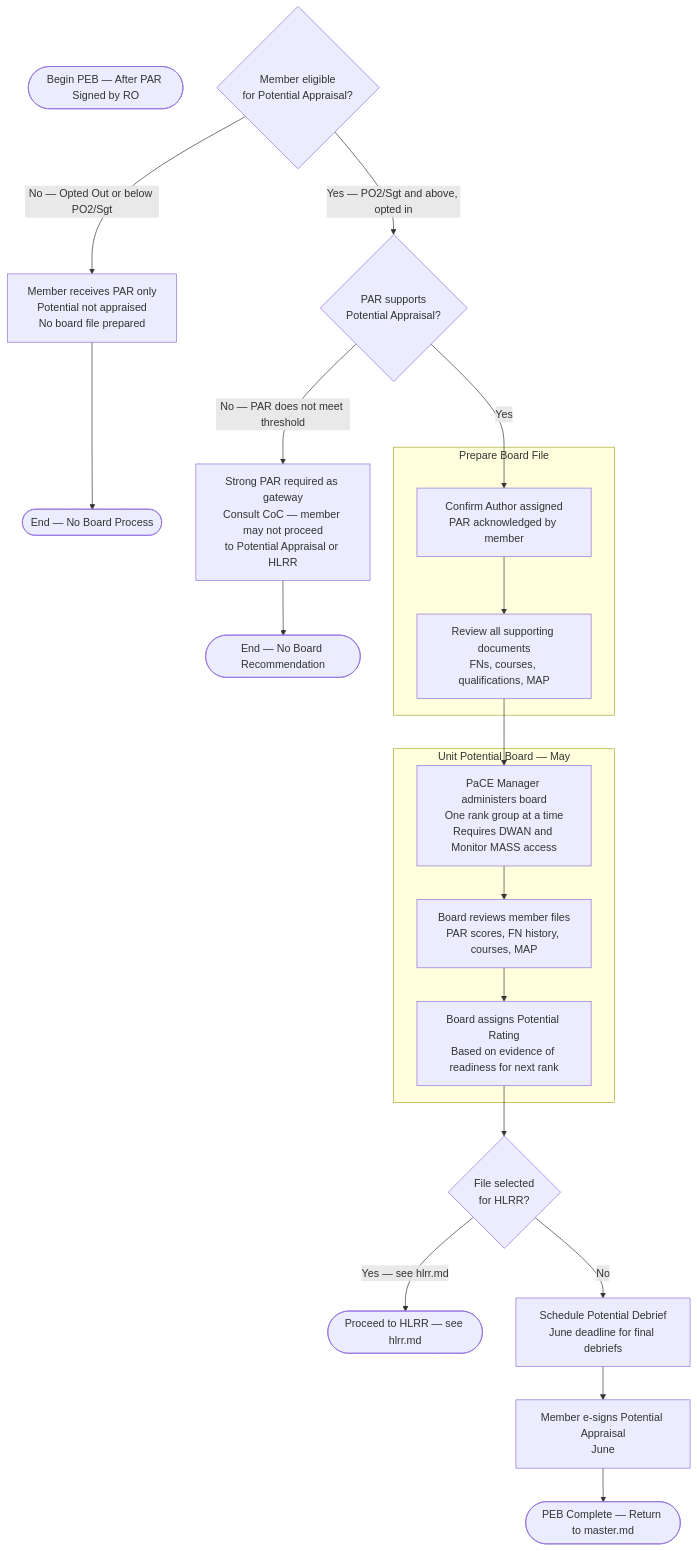
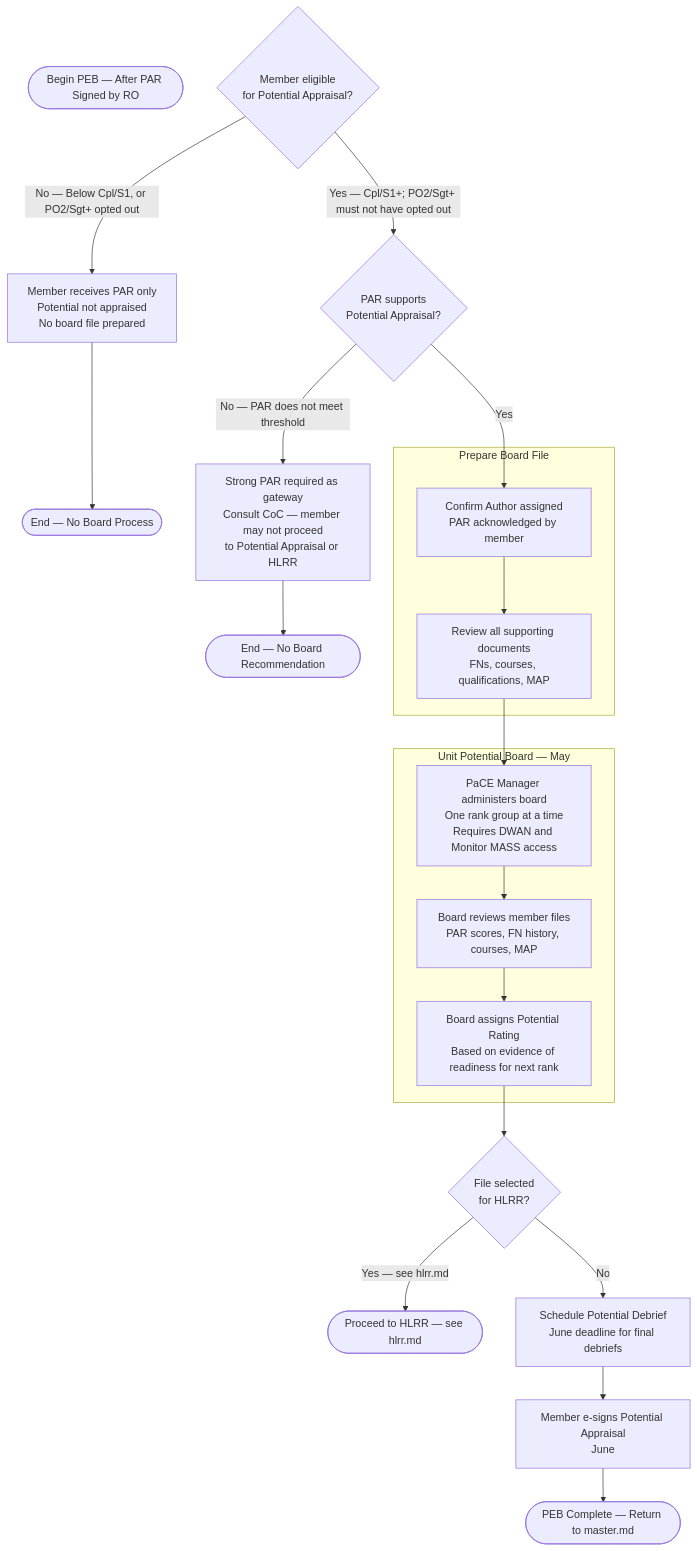
One commit to Jonesckevin/jonesckevin.github.io changed the diagram in content/ai-tools/core-services/pace-report-writer/resources/flowcharts/peb.md. Above: the diagram before and after it, drawn with Mermaid. The commit also changed other lines of this file and 5 other files, not shown here.

Commit message:
Updated to fix the PEB Target saying Sgt instead of Cpl and switched Seaman to sailor

````diff
--- a/content/ai-tools/core-services/pace-report-writer/resources/flowcharts/peb.md
+++ b/content/ai-tools/core-services/pace-report-writer/resources/flowcharts/peb.md
@@ -8,39 +8,39 @@
 ```mermaid
 flowchart TD
     START(["Begin PEB — After PAR Signed by RO"])
 
     ELIGIBILITY{"Member eligible<br/>for Potential Appraisal?"}
 
-    ELIGIBILITY -->|"No — Opted Out or below PO2/Sgt"| NOT_ELIGIBLE["Member receives PAR only<br/>Potential not appraised<br/>No board file prepared"]
-    ELIGIBILITY -->|"Yes — PO2/Sgt and above, opted in"| PAR_GATEWAY
+    ELIGIBILITY -->|"No — Below Cpl/S1, or PO2/Sgt+ opted out"| NOT_ELIGIBLE["Member receives PAR only<br/>Potential not appraised<br/>No board file prepared"]
+    ELIGIBILITY -->|"Yes — Cpl/S1+; PO2/Sgt+ must not have opted out"| PAR_GATEWAY
 
     NOT_ELIGIBLE --> END_NO(["End — No Board Process"])
 
     PAR_GATEWAY{"PAR supports<br/>Potential Appraisal?"}
     PAR_GATEWAY -->|"No — PAR does not meet threshold"| WEAK_PAR["Strong PAR required as gateway<br/>Consult CoC — member may not proceed<br/>to Potential Appraisal or HLRR"]
     PAR_GATEWAY -->|Yes| PREPARE_FILE
 
     WEAK_PAR --> END_WEAK(["End — No Board Recommendation"])
 
     subgraph PREPARE ["Prepare Board File"]
         PREPARE_FILE["Confirm Author assigned<br/>PAR acknowledged by member"]
         REVIEW_DOCS["Review all supporting documents<br/>FNs, courses, qualifications, MAP"]
         PREPARE_FILE --> REVIEW_DOCS
     end
 
     REVIEW_DOCS --> UPB_PROCESS
 
     subgraph UPB ["Unit Potential Board — May"]
         UPB_PROCESS["PaCE Manager administers board<br/>One rank group at a time<br/>Requires DWAN and Monitor MASS access"]
         BOARD_REVIEW["Board reviews member files<br/>PAR scores, FN history, courses, MAP"]
         POT_RATING["Board assigns Potential Rating<br/>Based on evidence of readiness for next rank"]
         UPB_PROCESS --> BOARD_REVIEW --> POT_RATING
     end
 
     POT_RATING --> HLRR_CHECK{"File selected<br/>for HLRR?"}
     HLRR_CHECK -->|"Yes — see hlrr.md"| HLRR(["Proceed to HLRR — see hlrr.md"])
     HLRR_CHECK -->|No| DEBRIEF["Schedule Potential Debrief<br/>June deadline for final debriefs"]
 
     DEBRIEF --> ESIGN["Member e-signs Potential Appraisal<br/>June"]
     ESIGN --> END(["PEB Complete — Return to master.md"])
 ```
````
